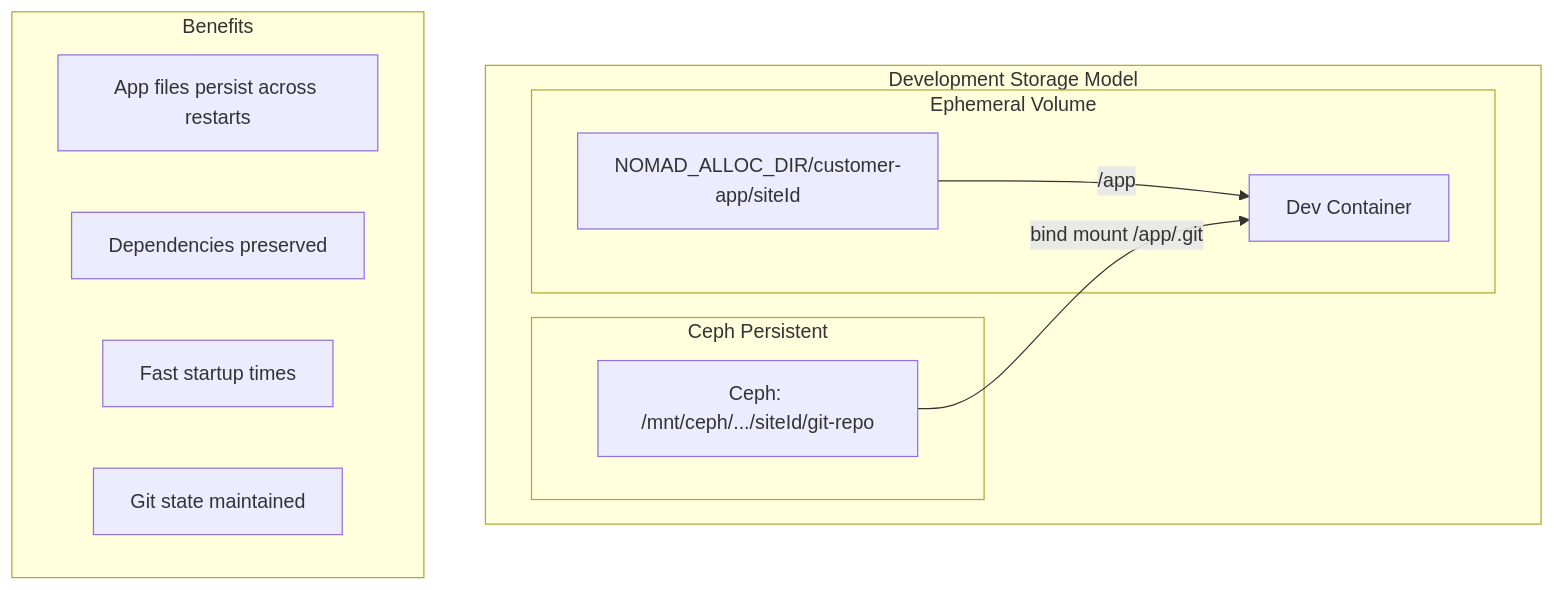
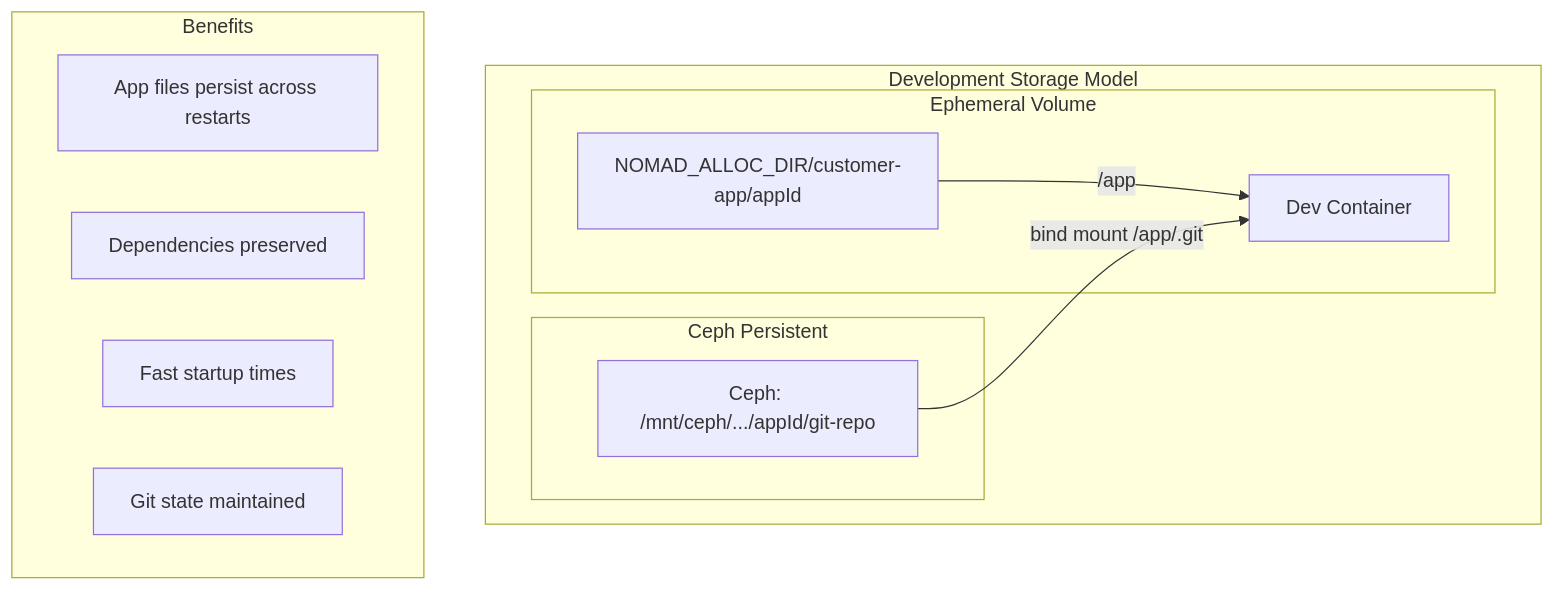
One commit to hsharif-godaddy/hackathon2026 changed the first of 5 diagrams in docs/persistent-storage-architecture.md. Above: the diagram before and after it, drawn with Mermaid. The commit also changed other lines of this file and 2 other files, not shown here.

First line of the commit message:
On-Prem Hosting Architecture Doc (#213)

````diff
--- a/docs/persistent-storage-architecture.md
+++ b/docs/persistent-storage-architecture.md
@@ -26,21 +26,21 @@
 ```mermaid
 graph TB
     subgraph "Development Storage Model"
         subgraph "Ephemeral Volume"
-            EV2["NOMAD_ALLOC_DIR/customer-app/siteId"]
+            EV2["NOMAD_ALLOC_DIR/customer-app/appId"]
             EV2 --> |"/app"| APP2[Dev Container]
         end
         
         subgraph "Ceph Persistent"
-            CEPH2["Ceph: /mnt/ceph/.../siteId/git-repo"]
+            CEPH2["Ceph: /mnt/ceph/.../appId/git-repo"]
             CEPH2 --> |"bind mount /app/.git"| APP2
         end
     end
     
     subgraph "Benefits"
         B1["App files persist across restarts"]
         B2["Dependencies preserved"]
         B3["Fast startup times"]
         B4["Git state maintained"]
     end
 ```
````
